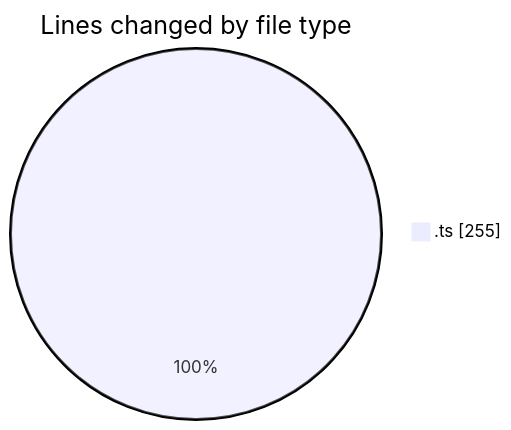
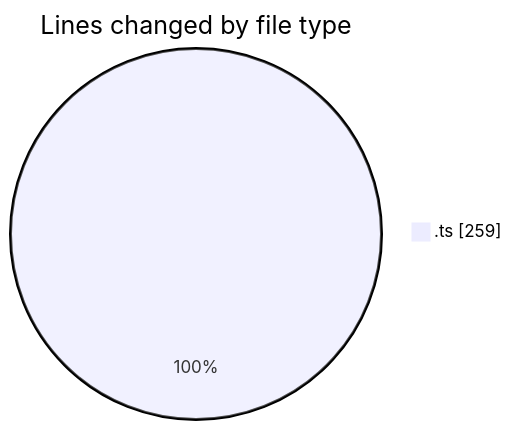
One commit to tmsrecording-cyber/code-tracking changed the first of 2 diagrams in 2026-02-09/singularitybrainai/README.md. Above: the diagram before and after it, drawn with Mermaid. The commit also changed other lines of this file and 1 other file, not shown here.

````diff
--- a/2026-02-09/singularitybrainai/README.md
+++ b/2026-02-09/singularitybrainai/README.md
@@ -21,5 +21,5 @@
 ```mermaid
 pie showData
 title Lines changed by file type
-".ts" : 255
+".ts" : 259
 ```
````
